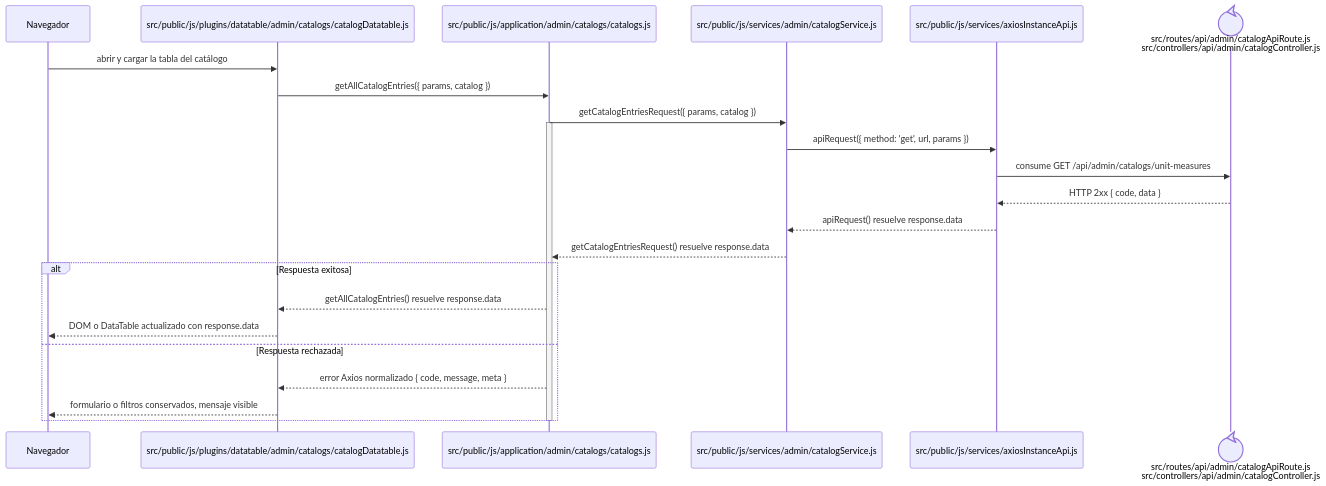
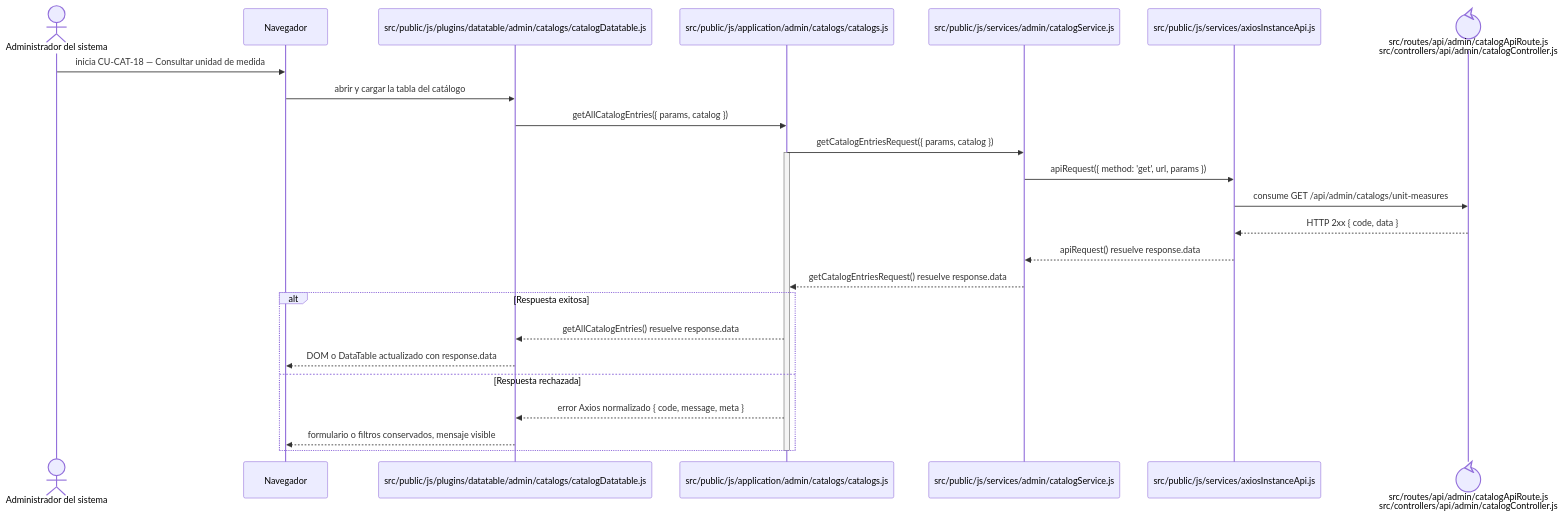
One commit to gpgsistemas01/nexus changed the diagram in docs/architecture/frontend-code-sequences/catalogs/cu-cat-18.md. Above: the diagram before and after it, drawn with Mermaid. The commit also changed 105 other files, not shown here.

````diff
--- a/docs/architecture/frontend-code-sequences/catalogs/cu-cat-18.md
+++ b/docs/architecture/frontend-code-sequences/catalogs/cu-cat-18.md
@@ -6,27 +6,29 @@
 ```mermaid
 sequenceDiagram
+    actor Initiator as Administrador del sistema
     participant Browser as Navegador
     participant View as src/public/js/plugins/datatable/admin/catalogs/catalogDatatable.js
     participant Application as src/public/js/application/admin/catalogs/catalogs.js
     participant Request as src/public/js/services/admin/catalogService.js
     participant HTTP as src/public/js/services/axiosInstanceApi.js
     participant Transport@{ "type": "control" } as src/routes/api/admin/catalogApiRoute.js<br/>src/controllers/api/admin/catalogController.js
 
+    Initiator->>Browser: inicia CU-CAT-18 — Consultar unidad de medida
     Browser->>View: abrir y cargar la tabla del catálogo
     View->>Application: getAllCatalogEntries({ params, catalog })
     Application->>Request: getCatalogEntriesRequest({ params, catalog })
     activate Application
     Request->>HTTP: apiRequest({ method: 'get', url, params })
     HTTP->>Transport: consume GET /api/admin/catalogs/unit-measures
     Transport-->>HTTP: HTTP 2xx { code, data }
     HTTP-->>Request: apiRequest() resuelve response.data
     Request-->>Application: getCatalogEntriesRequest() resuelve response.data
     alt Respuesta exitosa
         Application-->>View: getAllCatalogEntries() resuelve response.data
         View-->>Browser: DOM o DataTable actualizado con response.data
     else Respuesta rechazada
         Application-->>View: error Axios normalizado { code, message, meta }
         View-->>Browser: formulario o filtros conservados, mensaje visible
     end
     deactivate Application
 ```
````
